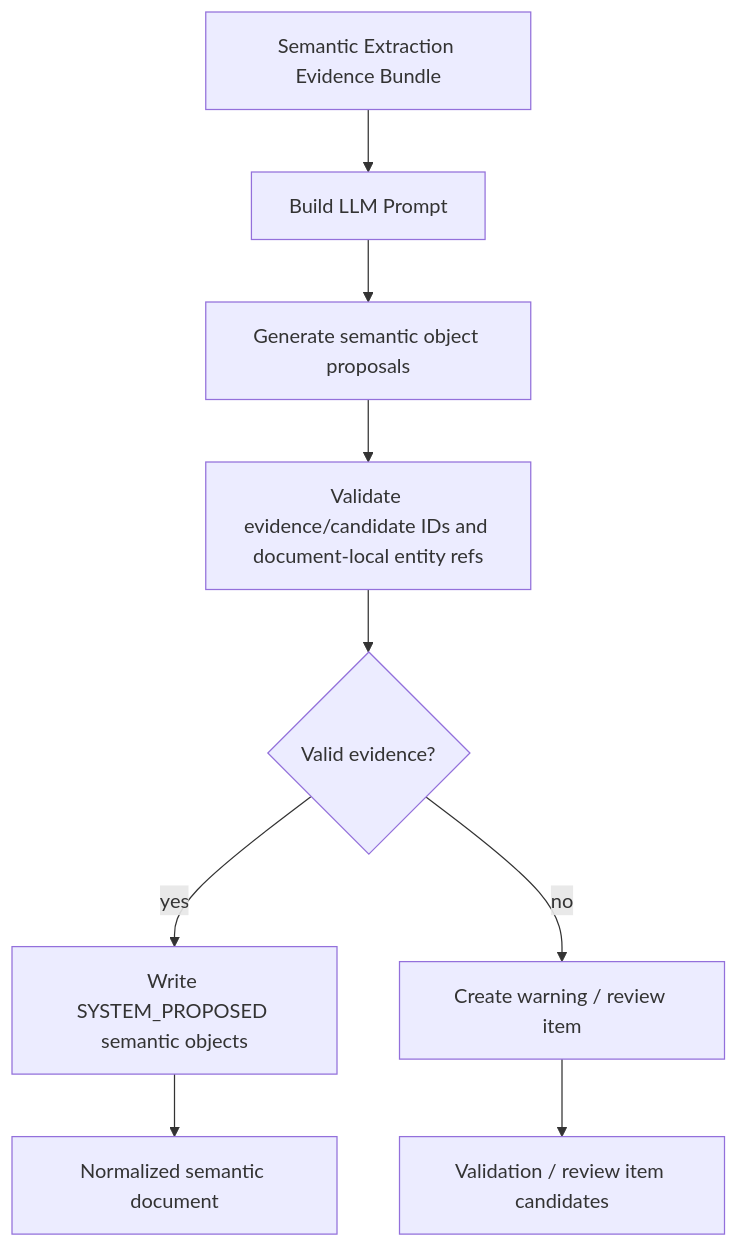
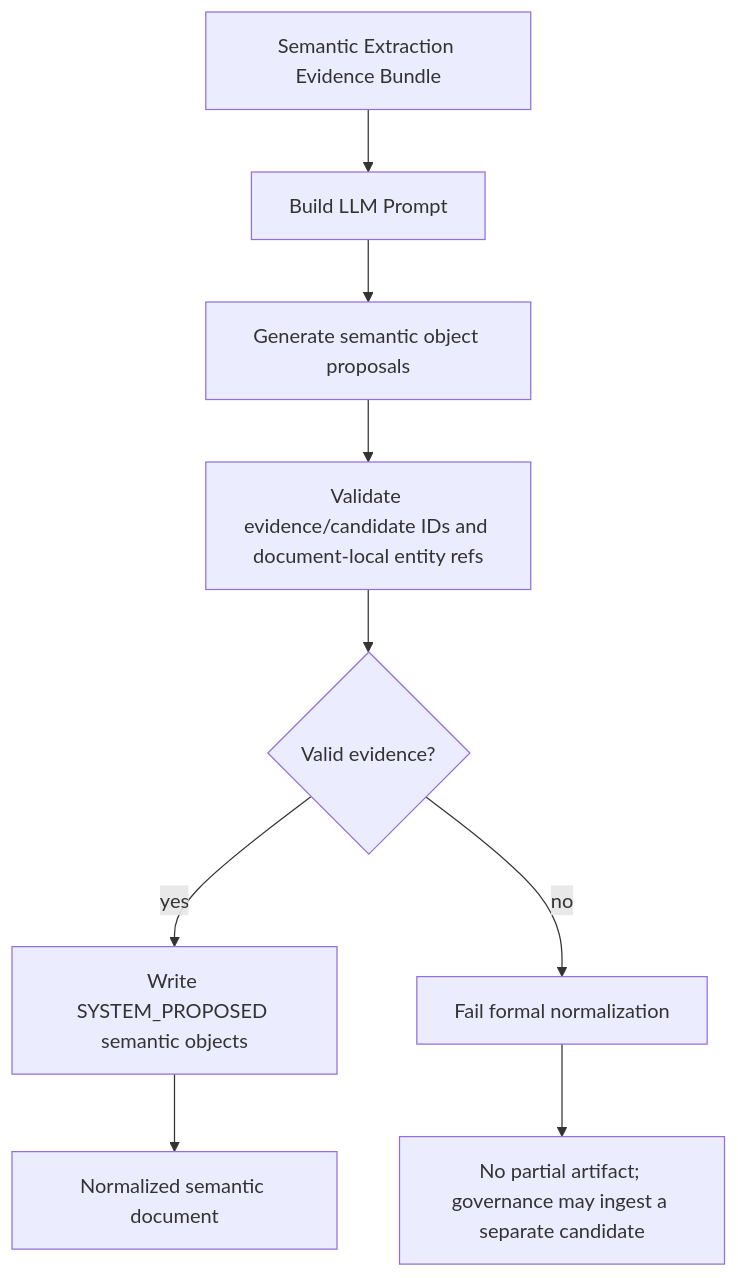
One commit to xiaoguang/relation-detector changed the second of 2 diagrams in docs/design/semantic-layer/03-llm-semantic-enricher.md. Above: the diagram before and after it, drawn with Mermaid. The commit also changed other lines of this file and 73 other files, not shown here.

````diff
--- a/docs/design/semantic-layer/03-llm-semantic-enricher.md
+++ b/docs/design/semantic-layer/03-llm-semantic-enricher.md
@@ -293,11 +293,11 @@
 ```mermaid
 flowchart TD
   A["Semantic Extraction Evidence Bundle"] --> B["Build LLM Prompt"]
   B --> C["Generate semantic object proposals"]
   C --> D["Validate evidence/candidate IDs and document-local entity refs"]
   D --> E{"Valid evidence?"}
   E -- "yes" --> F["Write SYSTEM_PROPOSED semantic objects"]
-  E -- "no" --> G["Create warning / review item"]
+  E -- "no" --> G["Fail formal normalization"]
   F --> H["Normalized semantic document"]
-  G --> I["Validation / review item candidates"]
+  G --> I["No partial artifact; governance may ingest a separate candidate"]
 ```
````
